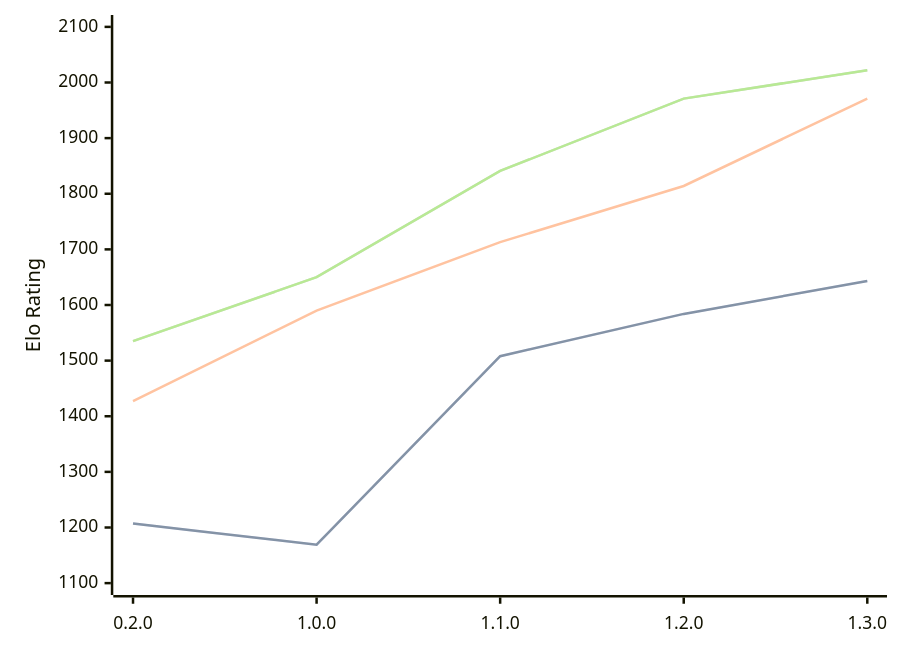
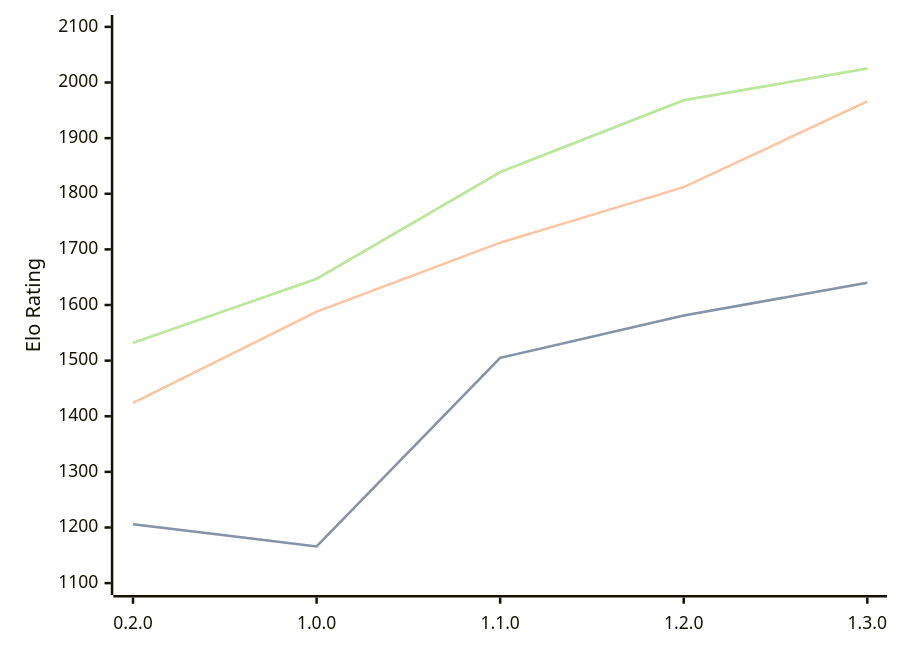
The diagram in engines/Zeppelin.md (computer-chess-index/cci), drawn with Mermaid before and after one commit. The commit also changed other lines of this file, not shown here.

Commit message:
Update CCI Ratings (ELO VLTC) - 2026-03-11

````diff
--- a/engines/Zeppelin.md
+++ b/engines/Zeppelin.md
@@ -35,11 +35,11 @@
 ```mermaid
 %%{init: {"theme":"base","themeVariables":{"seriesColors:['#a3a3a3','#222221','#faa371']}}}%%
 xychart-beta
   x-axis ["0.2.0", "1.0.0", "1.1.0", "1.2.0", "1.3.0"]
   y-axis "Elo Rating" 1100 --> 2100
-  line "STC (8.0+0.08s)" [1207, 1169, 1508, 1584, 1643]
-  line "STC (8.0+0.08s)" [1207, 1169, 1508, 1584, 1643]
-  line "LTC (60.0+0.60s)" [1427, 1590, 1713, 1814, 1971]
-  line "VLTC (2m24s+1.12s)" [1535, 1650, 1841, 1971, 2022]
-  line "VLTC (2m24s+1.12s)" [1535, 1650, 1841, 1971, 2022]
+  line "STC (8.0+0.08s)" [1206, 1166, 1505, 1581, 1640]
+  line "STC (8.0+0.08s)" [1206, 1166, 1505, 1581, 1640]
+  line "LTC (60.0+0.60s)" [1424, 1588, 1712, 1812, 1966]
+  line "VLTC (2m24s+1.12s)" [1532, 1647, 1839, 1968, 2025]
+  line "VLTC (2m24s+1.12s)" [1532, 1647, 1839, 1968, 2025]
 ```
````
